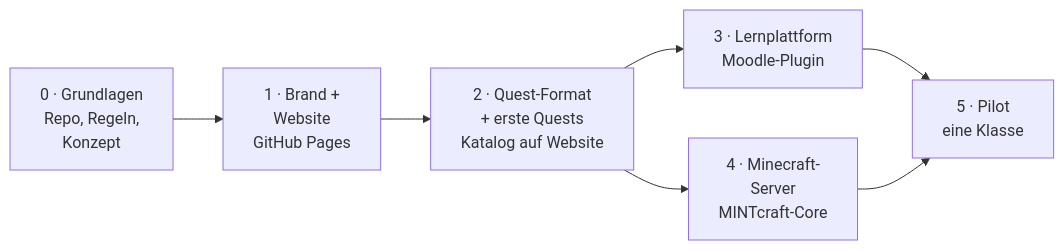
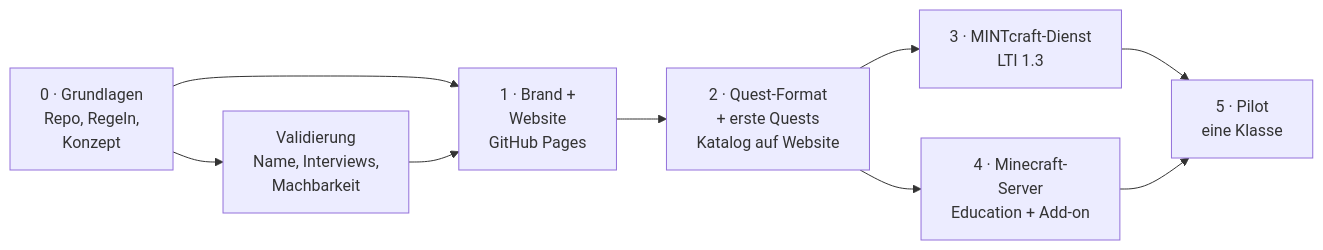
One commit to apachler/MINTforge changed the third of 4 diagrams in docs/konzept.md. Above: the diagram before and after it, drawn with Mermaid. The commit also changed other lines of this file and 3 other files, not shown here.

Commit message:
Marken- und Marktrecherche, Konzept Entwurf 2 (Education zuerst, LTI, Luanti)

````diff
--- a/docs/konzept.md
+++ b/docs/konzept.md
@@ -242,9 +266,11 @@
 ```mermaid
 flowchart LR
     P0["0 · Grundlagen<br/>Repo, Regeln,<br/>Konzept"] --> P1["1 · Brand +<br/>Website<br/>GitHub Pages"]
+    P0 --> V["Validierung<br/>Name, Interviews,<br/>Machbarkeit"]
+    V --> P1
     P1 --> P2["2 · Quest-Format<br/>+ erste Quests<br/>Katalog auf Website"]
-    P2 --> P3["3 · Lernplattform<br/>Moodle-Plugin"]
-    P2 --> P4["4 · Minecraft-<br/>Server<br/>MINTcraft-Core"]
+    P2 --> P3["3 · MINTcraft-Dienst<br/>LTI 1.3"]
+    P2 --> P4["4 · Minecraft-<br/>Server<br/>Education + Add-on"]
     P3 --> P5["5 · Pilot<br/>eine Klasse"]
     P4 --> P5
 ```
````
